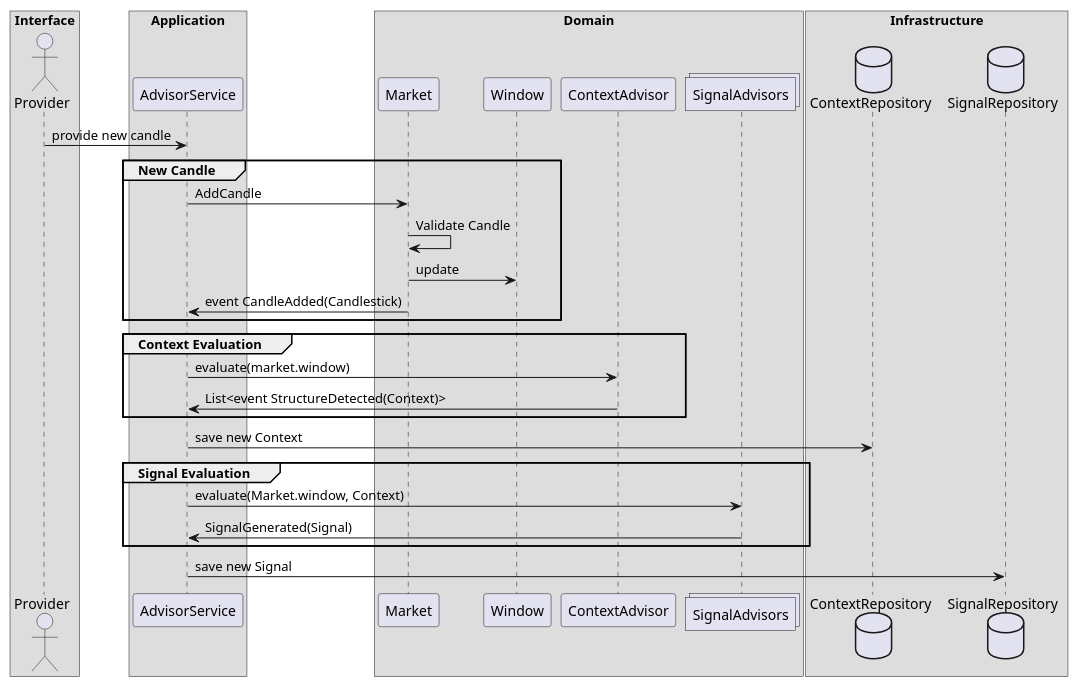
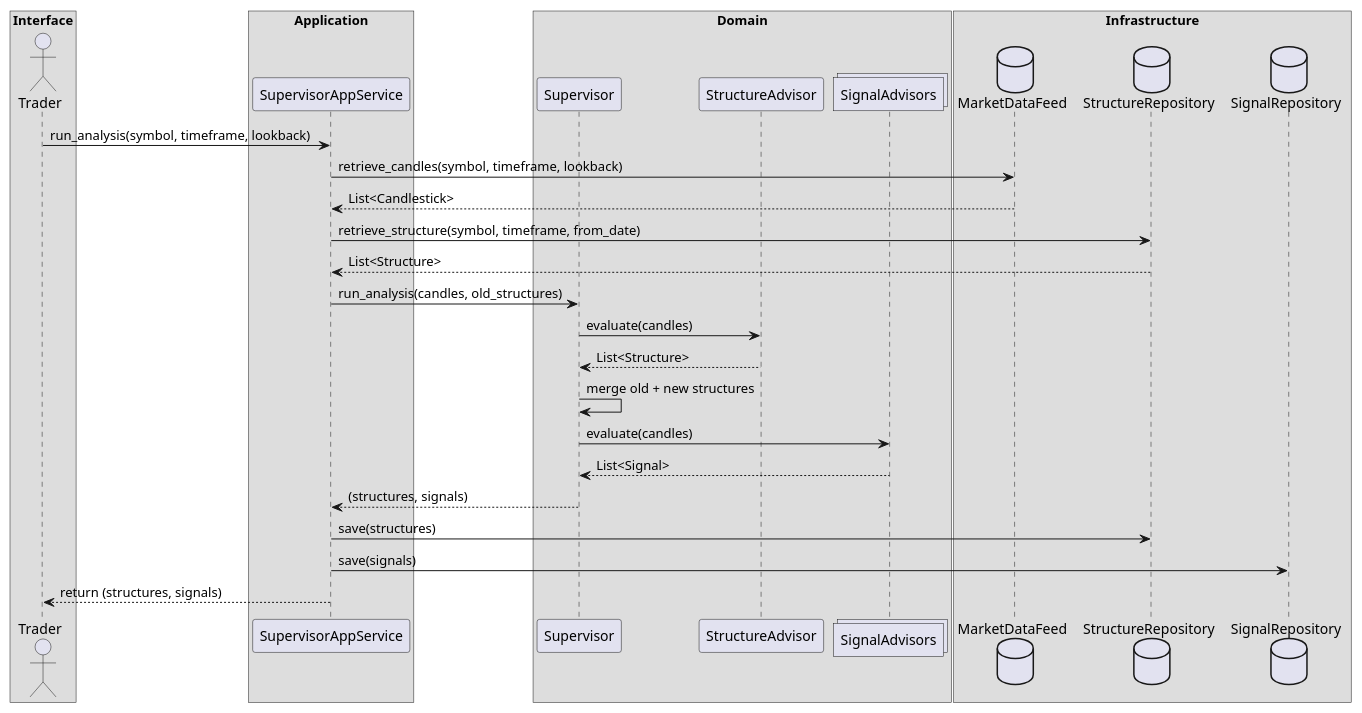
The diagram in docs/sequence.puml (alngo/Patseeker), drawn with PlantUML before and after one commit. The commit also changed 22 other files, not shown here.

```diff
--- a/docs/sequence.puml
+++ b/docs/sequence.puml
@@ -1,38 +1,44 @@
 @startuml
-
 box "Interface"
-actor Provider
-end box
-box "Application"
-participant AdvisorService
-end box
-box "Domain"
-participant Market
-participant Window
-participant ContextAdvisor
-collections SignalAdvisors
-end box
-box "Infrastructure"
-database ContextRepository
-database SignalRepository
+  Actor Trader
 end box
 
-Provider -> AdvisorService: provide new candle
-group New Candle
-AdvisorService -> Market: AddCandle
-Market -> Market: Validate Candle
-Market -> Window: update
-Market -> AdvisorService: event CandleAdded(Candlestick)
-end
-group Context Evaluation
-AdvisorService -> ContextAdvisor: evaluate(market.window)
-ContextAdvisor -> AdvisorService: List<event StructureDetected(Context)>
-end
-AdvisorService -> ContextRepository: save new Context
-group Signal Evaluation
-AdvisorService -> SignalAdvisors: evaluate(Market.window, Context)
-SignalAdvisors -> AdvisorService: SignalGenerated(Signal)
-end
-AdvisorService -> SignalRepository: save new Signal
+box "Application"
+  participant SupervisorAppService
+end box
 
+box "Domain"
+  participant Supervisor
+  participant StructureAdvisor
+  collections SignalAdvisors
+end box
+
+box "Infrastructure"
+  database MarketDataFeed
+  database StructureRepository
+  database SignalRepository
+end box
+
+Trader -> SupervisorAppService: run_analysis(symbol, timeframe, lookback)
+
+SupervisorAppService -> MarketDataFeed: retrieve_candles(symbol, timeframe, lookback)
+MarketDataFeed --> SupervisorAppService: List<Candlestick>
+
+SupervisorAppService -> StructureRepository: retrieve_structure(symbol, timeframe, from_date)
+StructureRepository --> SupervisorAppService: List<Structure>
+
+SupervisorAppService -> Supervisor: run_analysis(candles, old_structures)
+Supervisor -> StructureAdvisor: evaluate(candles)
+StructureAdvisor --> Supervisor: List<Structure>
+
+Supervisor -> Supervisor: merge old + new structures
+Supervisor -> SignalAdvisors: evaluate(candles)
+SignalAdvisors --> Supervisor: List<Signal>
+
+Supervisor --> SupervisorAppService: (structures, signals)
+
+SupervisorAppService -> StructureRepository: save(structures)
+SupervisorAppService -> SignalRepository: save(signals)
+
+SupervisorAppService --> Trader: return (structures, signals)
 @enduml
```
